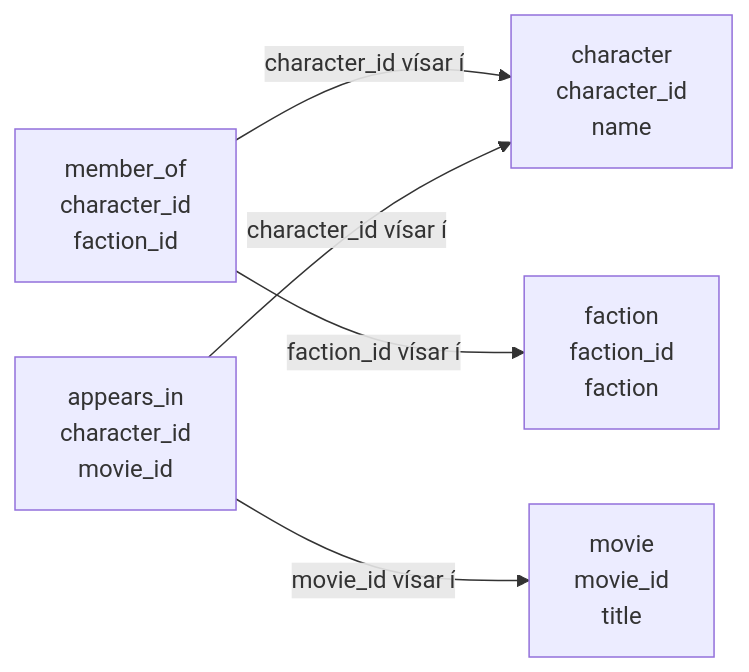
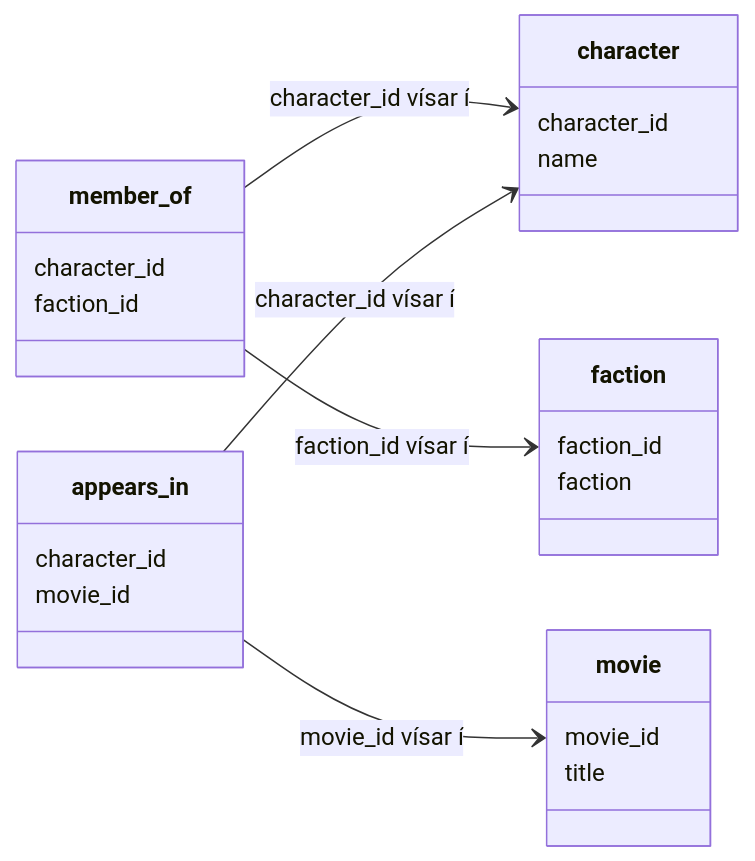
One commit to HI-IDN/IDN302G changed the diagram in docs/logic-sets/relations-as-tables.qmd. Above: the diagram before and after it, drawn with Mermaid. The commit also changed other lines of this file and 12 other files, not shown here.

````diff
--- a/docs/logic-sets/relations-as-tables.qmd
+++ b/docs/logic-sets/relations-as-tables.qmd
@@ -95,14 +104,35 @@
 ```{mermaid}
 %%| label: relations-mermaid-1
-flowchart LR
-  character["character<br/>character_id<br/>name"]
-  faction["faction<br/>faction_id<br/>faction"]
-  movie["movie<br/>movie_id<br/>title"]
-  member_of["member_of<br/>character_id<br/>faction_id"]
-  appears_in["appears_in<br/>character_id<br/>movie_id"]
+---
+config:
+  class:
+    hideEmptyMembersBox: true
+---
+classDiagram
+  direction LR
+  class character {
+    character_id
+    name
+  }
+  class faction {
+    faction_id
+    faction
+  }
+  class movie {
+    movie_id
+    title
+  }
+  class member_of {
+    character_id
+    faction_id
+  }
+  class appears_in {
+    character_id
+    movie_id
+  }
 
-  member_of -->|"character_id vísar í"| character
-  member_of -->|"faction_id vísar í"| faction
-  appears_in -->|"character_id vísar í"| character
-  appears_in -->|"movie_id vísar í"| movie
+  member_of --> character : character_id vísar í
+  member_of --> faction : faction_id vísar í
+  appears_in --> character : character_id vísar í
+  appears_in --> movie : movie_id vísar í
 ```
````
